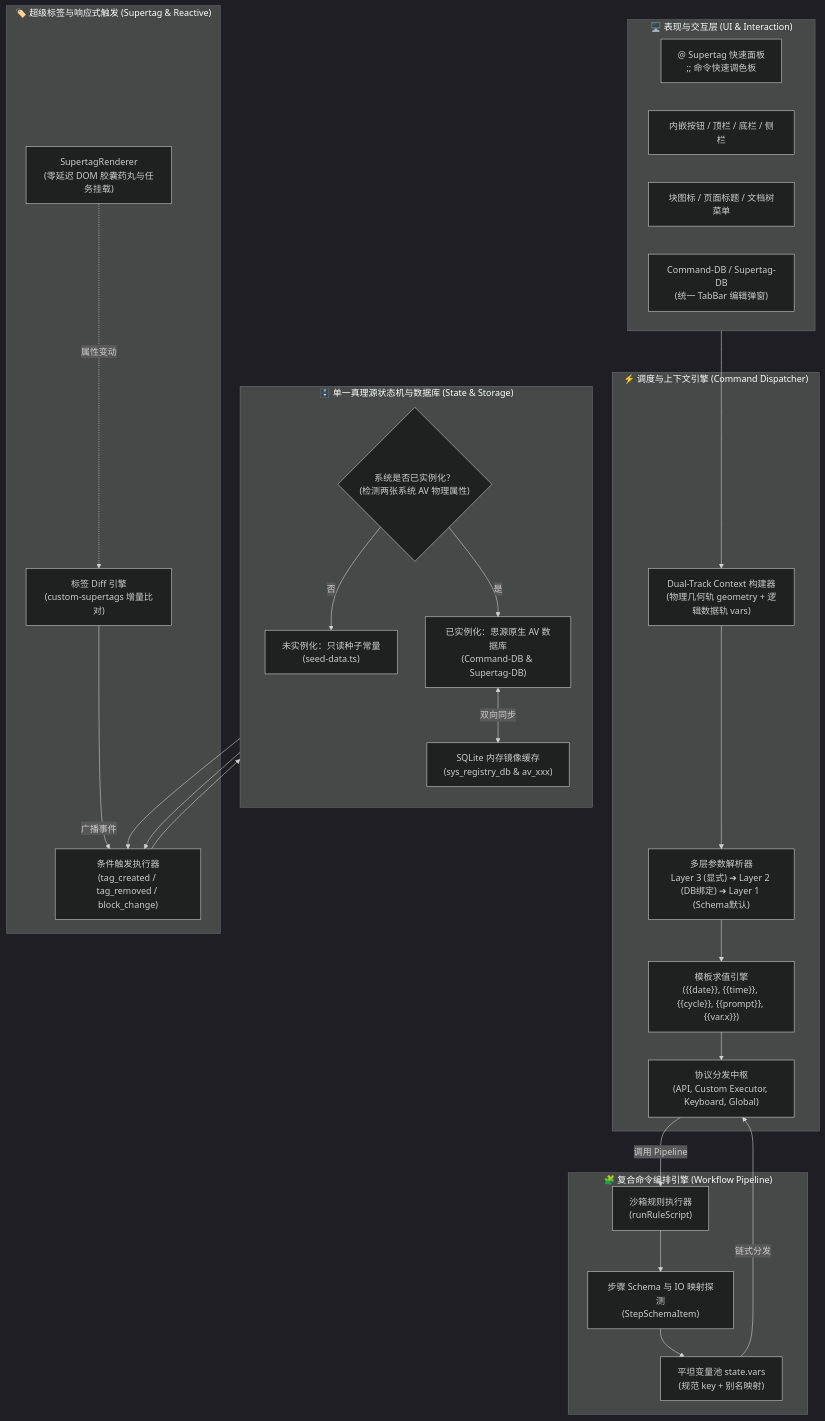
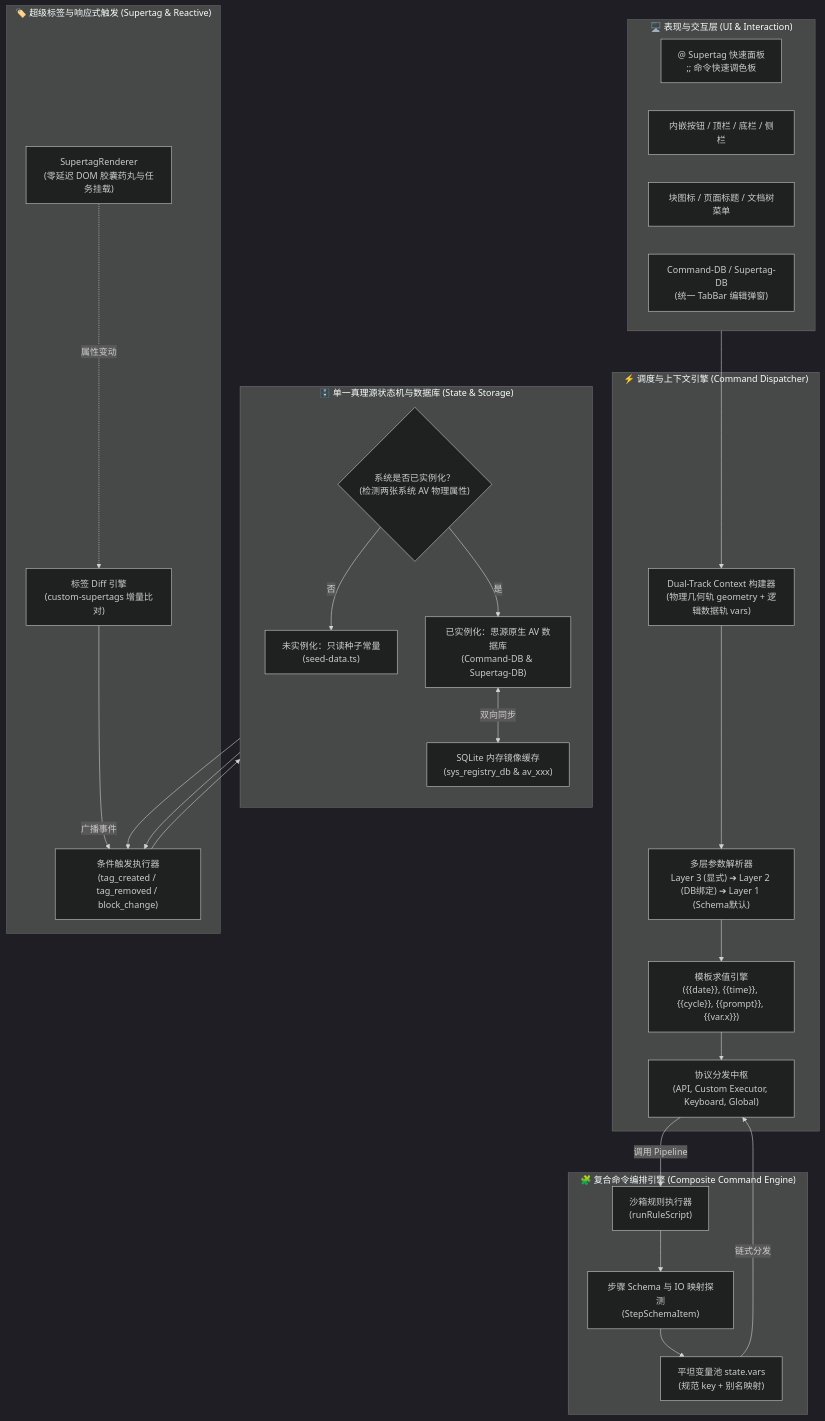
One commit to Szerelem0617/siyuan-plugins-index changed the first of 2 diagrams in docs/architecture.md. Above: the diagram before and after it, drawn with Mermaid (dark theme). The commit also changed 12 other files, not shown here.

Commit message:
unify composite command usage

````diff
--- a/docs/architecture.md
+++ b/docs/architecture.md
@@ -10,58 +10,58 @@
 ```mermaid
 flowchart TD
     %% 全局分层
     subgraph UI_Layer ["🖥️ 表现与交互层 (UI & Interaction)"]
         Palette["@ Supertag 快速面板\n;; 命令快速调色板"]
         Buttons["内嵌按钮 / 顶栏 / 底栏 / 侧栏"]
         MenuHooks["块图标 / 页面标题 / 文档树菜单"]
         AV_Views["Command-DB / Supertag-DB\n(统一 TabBar 编辑弹窗)"]
     end
 
     subgraph Dispatcher_Layer ["⚡ 调度与上下文引擎 (Command Dispatcher)"]
         ContextBuilder["Dual-Track Context 构建器\n(物理几何轨 geometry + 逻辑数据轨 vars)"]
         ParamResolver["多层参数解析器\nLayer 3 (显式) ➔ Layer 2 (DB绑定) ➔ Layer 1 (Schema默认)"]
         TemplateEngine["模板求值引擎\n({{date}}, {{time}}, {{cycle}}, {{prompt}}, {{var.x}})"]
         ExecProtocol["协议分发中枢\n(API, Custom Executor, Keyboard, Global)"]
     end
 
-    subgraph Pipeline_Layer ["🧩 复合命令编排引擎 (Workflow Pipeline)"]
+    subgraph Pipeline_Layer ["🧩 复合命令编排引擎 (Composite Command Engine)"]
         RuleEngine["沙箱规则执行器\n(runRuleScript)"]
         StepSchema["步骤 Schema 与 IO 映射探测\n(StepSchemaItem)"]
         DataPool["平坦变量池 state.vars\n(规范 key + 别名映射)"]
     end
 
     subgraph Supertag_Layer ["🏷️ 超级标签与响应式触发 (Supertag & Reactive)"]
         DiffEngine["标签 Diff 引擎\n(custom-supertags 增量比对)"]
         TriggerEngine["条件触发执行器\n(tag_created / tag_removed / block_change)"]
         DOMRenderer["SupertagRenderer\n(零延迟 DOM 胶囊药丸与任务挂载)"]
     end
 
     subgraph State_Layer ["🗄️ 单一真理源状态机与数据库 (State & Storage)"]
         direction TB
         StateCheck{"系统是否已实例化？\n(检测两张系统 AV 物理属性)"}
         SeedConst["未实例化：只读种子常量\n(seed-data.ts)"]
         SiYuanAV["已实例化：思源原生 AV 数据库\n(Command-DB & Supertag-DB)"]
         SQLiteMirror["SQLite 内存镜像缓存\n(sys_registry_db & av_xxx)"]
     end
 
     %% 交互连线
     UI_Layer --> ContextBuilder
     ContextBuilder --> ParamResolver
     ParamResolver --> TemplateEngine
     TemplateEngine --> ExecProtocol
 
     ExecProtocol -->|调用 Pipeline| RuleEngine
     RuleEngine --> StepSchema
     StepSchema --> DataPool
     DataPool -->|链式分发| ExecProtocol
 
     DOMRenderer -.->|属性变动| DiffEngine
     DiffEngine -->|广播事件| TriggerEngine
     TriggerEngine --> StateCheck
 
     StateCheck -->|否| SeedConst
     StateCheck -->|是| SiYuanAV
     SiYuanAV <-->|双向同步| SQLiteMirror
     SeedConst --> TriggerEngine
     SiYuanAV --> TriggerEngine
 ```
````
